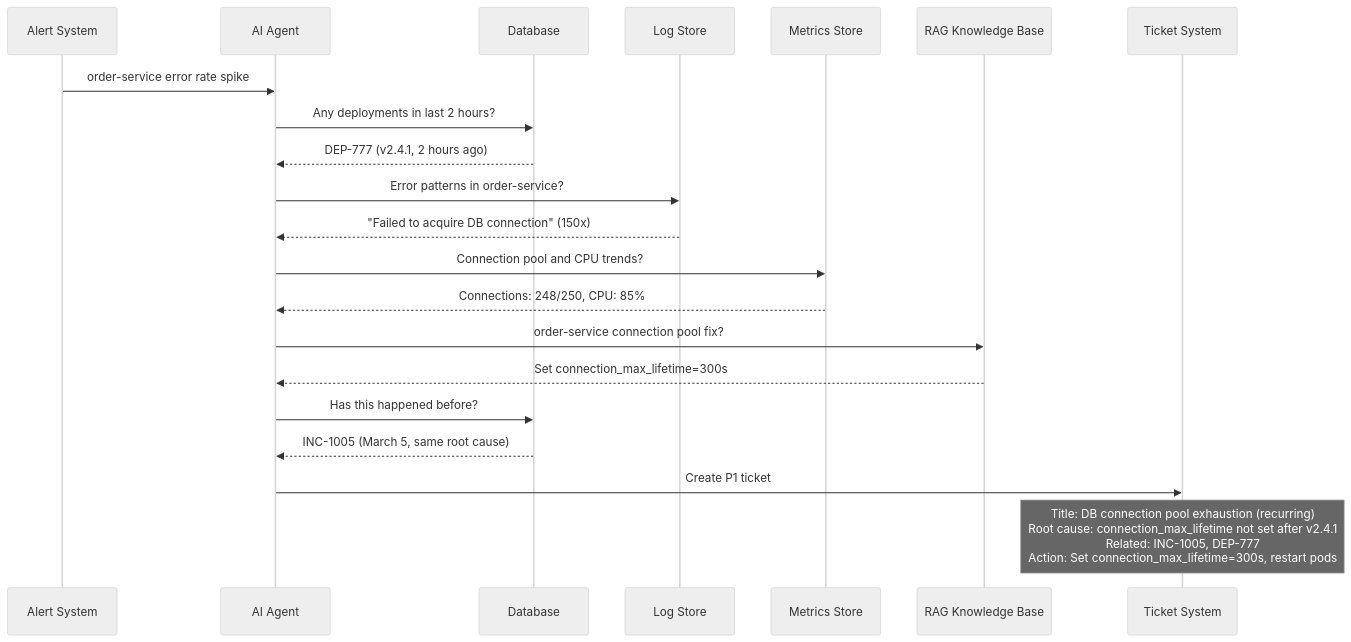
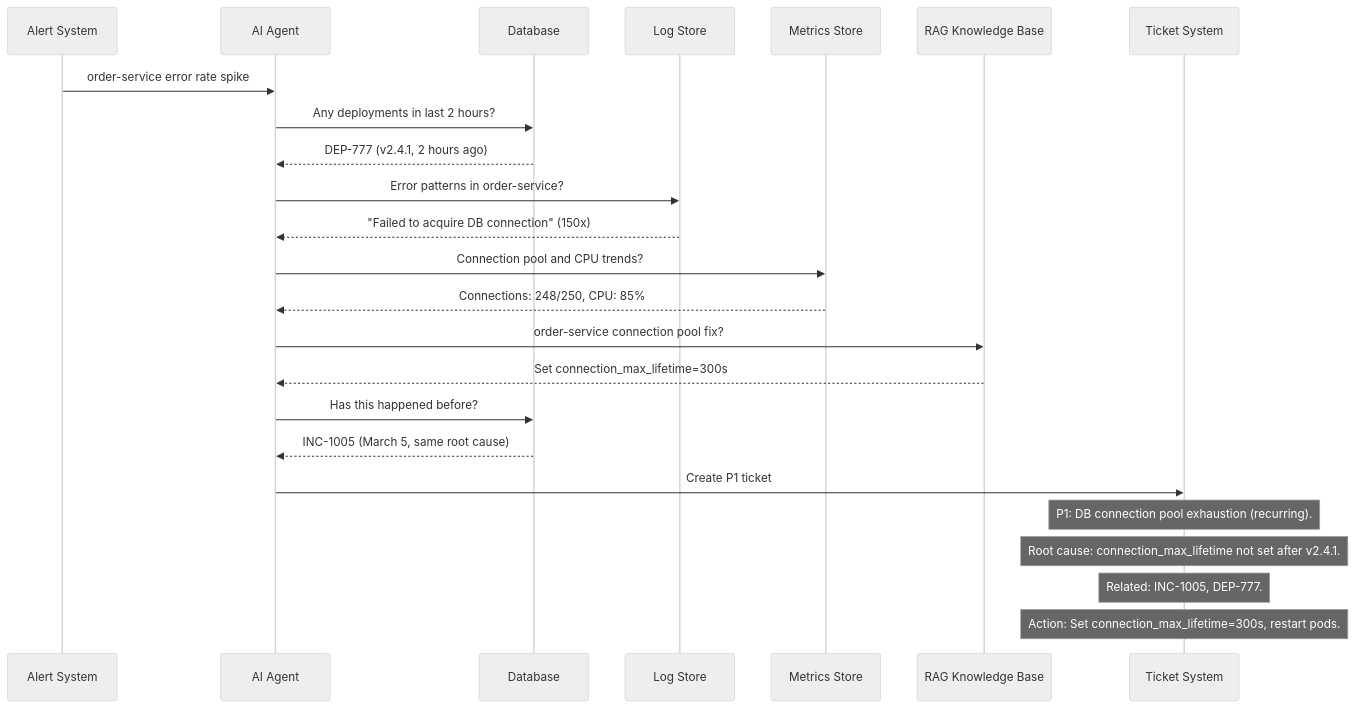
Before and after one commit to sunilmogadati/systems-in-production: the fifth of 6 diagrams in systems/continuous-system-intelligence/architecture.md, drawn with Mermaid (neutral theme). The commit also changed other lines of this file and 2 other files, not shown here.

Commit message:
Fix Mermaid rendering in sequence diagrams — remove <br/> tags
<br/> works in flowchart node labels but breaks in sequenceDiagram
messages, participant labels, and Note blocks. Replaced with
condensed single-line text or separate Note statements.

Files: agents/04, rag/04, CSI architecture (2 diagrams).

````diff
--- a/systems/continuous-system-intelligence/architecture.md
+++ b/systems/continuous-system-intelligence/architecture.md
@@ -334,24 +334,27 @@
 ```mermaid
 sequenceDiagram
     participant Alert as Alert System
     participant Agent as AI Agent
     participant DB as Database
     participant Logs as Log Store
     participant Metrics as Metrics Store
     participant RAG as RAG Knowledge Base
     participant Ticket as Ticket System
 
     Alert->>Agent: order-service error rate spike
     Agent->>DB: Any deployments in last 2 hours?
     DB-->>Agent: DEP-777 (v2.4.1, 2 hours ago)
     Agent->>Logs: Error patterns in order-service?
     Logs-->>Agent: "Failed to acquire DB connection" (150x)
     Agent->>Metrics: Connection pool and CPU trends?
     Metrics-->>Agent: Connections: 248/250, CPU: 85%
     Agent->>RAG: order-service connection pool fix?
     RAG-->>Agent: Set connection_max_lifetime=300s
     Agent->>DB: Has this happened before?
     DB-->>Agent: INC-1005 (March 5, same root cause)
     Agent->>Ticket: Create P1 ticket
-    Note over Ticket: Title: DB connection pool exhaustion (recurring)<br/>Root cause: connection_max_lifetime not set after v2.4.1<br/>Related: INC-1005, DEP-777<br/>Action: Set connection_max_lifetime=300s, restart pods
+    Note over Ticket: P1: DB connection pool exhaustion (recurring).
+    Note over Ticket: Root cause: connection_max_lifetime not set after v2.4.1.
+    Note over Ticket: Related: INC-1005, DEP-777.
+    Note over Ticket: Action: Set connection_max_lifetime=300s, restart pods.
 ```
````
